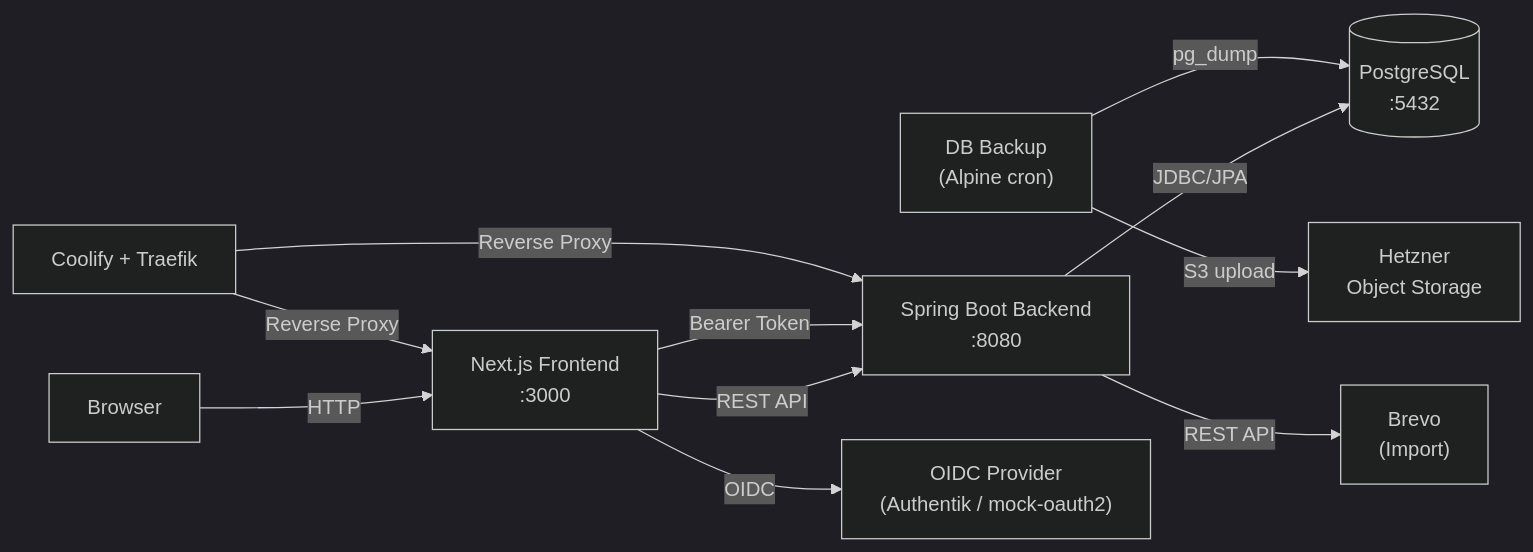
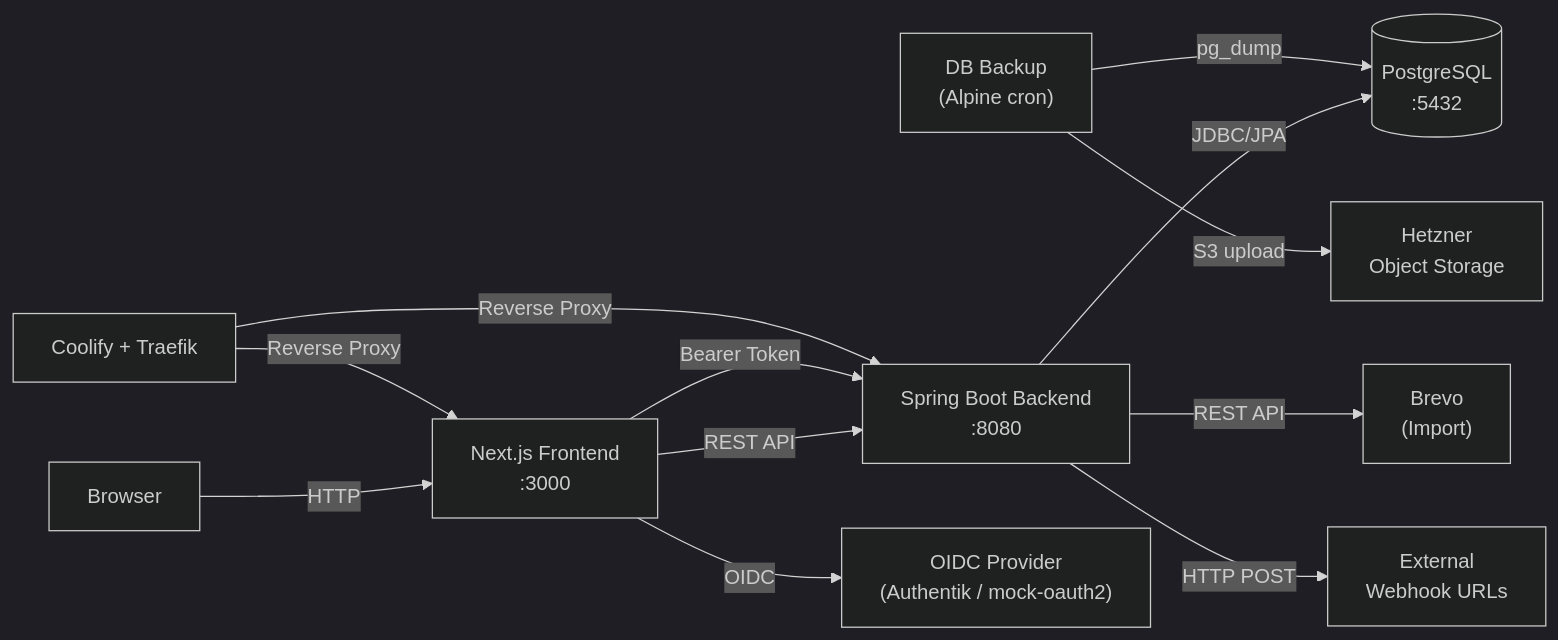
The first of 3 diagrams in .claude/conventions/project-specific/project-architecture.md (OpenElementsLabs/open-crm), drawn with Mermaid (dark theme) before and after one commit. The commit also changed other lines of this file and 29 other files, not shown here.

````diff
--- a/.claude/conventions/project-specific/project-architecture.md
+++ b/.claude/conventions/project-specific/project-architecture.md
@@ -21,13 +21,14 @@
 ```mermaid
 graph LR
     Browser["Browser"] -->|HTTP| Frontend["Next.js Frontend<br/>:3000"]
     Frontend -->|REST API| Backend["Spring Boot Backend<br/>:8080"]
     Backend -->|JDBC/JPA| DB[("PostgreSQL<br/>:5432")]
     Backend -->|REST API| Brevo["Brevo<br/>(Import)"]
+    Backend -->|HTTP POST| Webhooks["External<br/>Webhook URLs"]
     DBBackup["DB Backup<br/>(Alpine cron)"] -->|pg_dump| DB
     DBBackup -->|S3 upload| S3["Hetzner<br/>Object Storage"]
     Frontend -->|OIDC| OIDC["OIDC Provider<br/>(Authentik / mock-oauth2)"]
     Frontend -->|Bearer Token| Backend
     Coolify["Coolify + Traefik"] -->|Reverse Proxy| Frontend
     Coolify -->|Reverse Proxy| Backend
 ```
````
